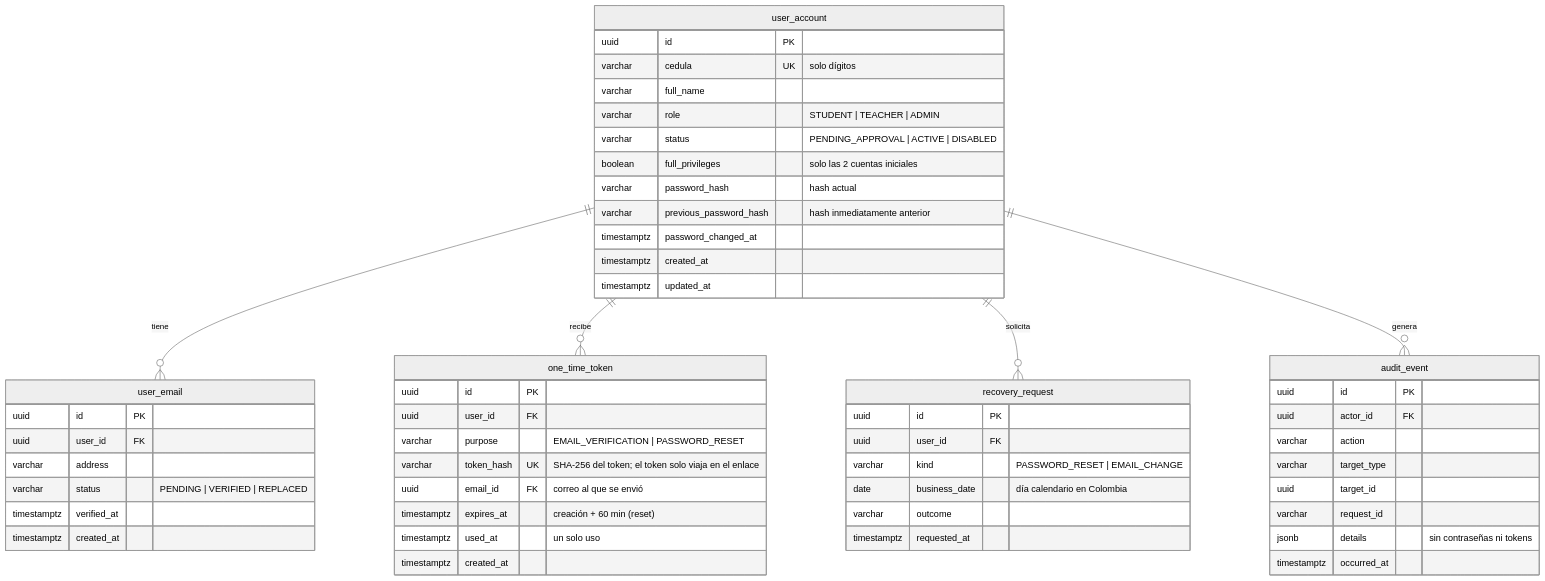
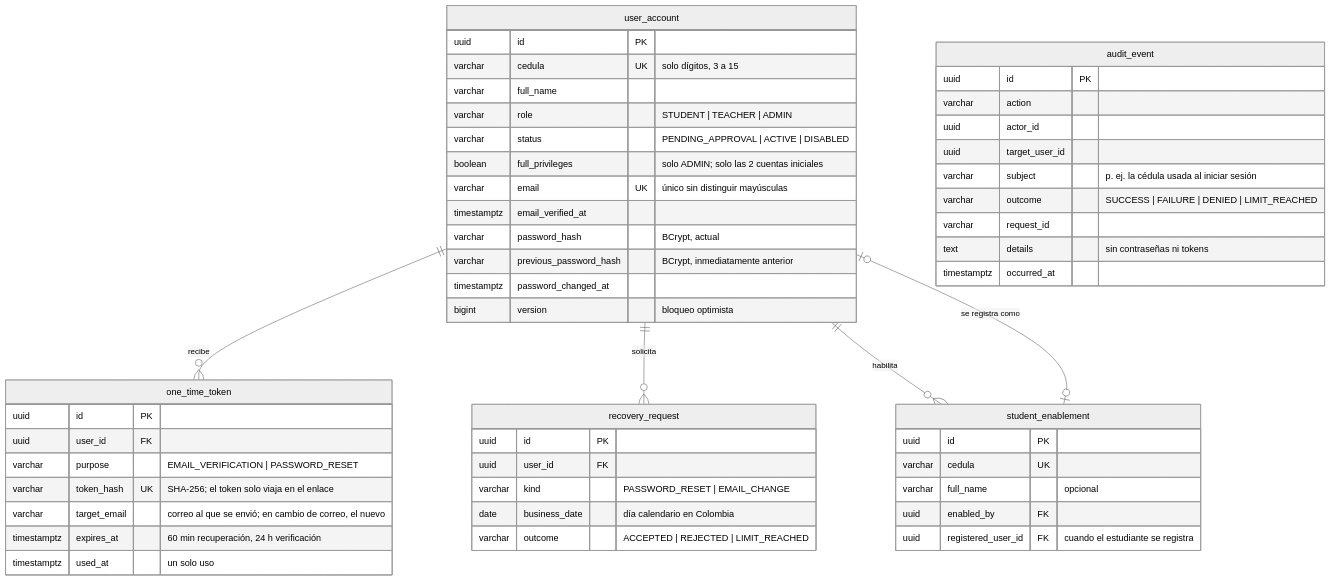
The diagram in docs/modelo-de-datos.md (CarlosEscam/LogiCode-Up), drawn with Mermaid (neutral theme) before and after one commit. The commit also changed other lines of this file and 46 other files, not shown here.

````diff
--- a/docs/modelo-de-datos.md
+++ b/docs/modelo-de-datos.md
@@ -28,57 +27,56 @@
 ```mermaid
 erDiagram
-    user_account ||--o{ user_email : "tiene"
     user_account ||--o{ one_time_token : "recibe"
     user_account ||--o{ recovery_request : "solicita"
-    user_account ||--o{ audit_event : "genera"
+    user_account ||--o{ student_enablement : "habilita"
+    student_enablement |o--o| user_account : "se registra como"
 
     user_account {
         uuid id PK
-        varchar cedula UK "solo dígitos"
+        varchar cedula UK "solo dígitos, 3 a 15"
         varchar full_name
         varchar role "STUDENT | TEACHER | ADMIN"
         varchar status "PENDING_APPROVAL | ACTIVE | DISABLED"
-        boolean full_privileges "solo las 2 cuentas iniciales"
-        varchar password_hash "hash actual"
-        varchar previous_password_hash "hash inmediatamente anterior"
+        boolean full_privileges "solo ADMIN; solo las 2 cuentas iniciales"
+        varchar email UK "único sin distinguir mayúsculas"
+        timestamptz email_verified_at
+        varchar password_hash "BCrypt, actual"
+        varchar previous_password_hash "BCrypt, inmediatamente anterior"
         timestamptz password_changed_at
-        timestamptz created_at
-        timestamptz updated_at
-    }
-    user_email {
-        uuid id PK
-        uuid user_id FK
-        varchar address
-        varchar status "PENDING | VERIFIED | REPLACED"
-        timestamptz verified_at
-        timestamptz created_at
+        bigint version "bloqueo optimista"
     }
     one_time_token {
         uuid id PK
         uuid user_id FK
         varchar purpose "EMAIL_VERIFICATION | PASSWORD_RESET"
-        varchar token_hash UK "SHA-256 del token; el token solo viaja en el enlace"
-        uuid email_id FK "correo al que se envió"
-        timestamptz expires_at "creación + 60 min (reset)"
+        varchar token_hash UK "SHA-256; el token solo viaja en el enlace"
+        varchar target_email "correo al que se envió; en cambio de correo, el nuevo"
+        timestamptz expires_at "60 min recuperación, 24 h verificación"
         timestamptz used_at "un solo uso"
-        timestamptz created_at
     }
     recovery_request {
         uuid id PK
         uuid user_id FK
         varchar kind "PASSWORD_RESET | EMAIL_CHANGE"
         date business_date "día calendario en Colombia"
-        varchar outcome
-        timestamptz requested_at
+        varchar outcome "ACCEPTED | REJECTED | LIMIT_REACHED"
+    }
+    student_enablement {
+        uuid id PK
+        varchar cedula UK
+        varchar full_name "opcional"
+        uuid enabled_by FK
+        uuid registered_user_id FK "cuando el estudiante se registra"
     }
     audit_event {
         uuid id PK
-        uuid actor_id FK
         varchar action
-        varchar target_type
-        uuid target_id
+        uuid actor_id
+        uuid target_user_id
+        varchar subject "p. ej. la cédula usada al iniciar sesión"
+        varchar outcome "SUCCESS | FAILURE | DENIED | LIMIT_REACHED"
         varchar request_id
-        jsonb details "sin contraseñas ni tokens"
+        text details "sin contraseñas ni tokens"
         timestamptz occurred_at
     }
 ```
````
